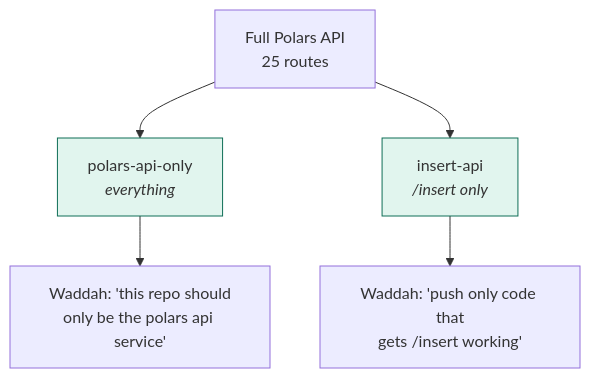
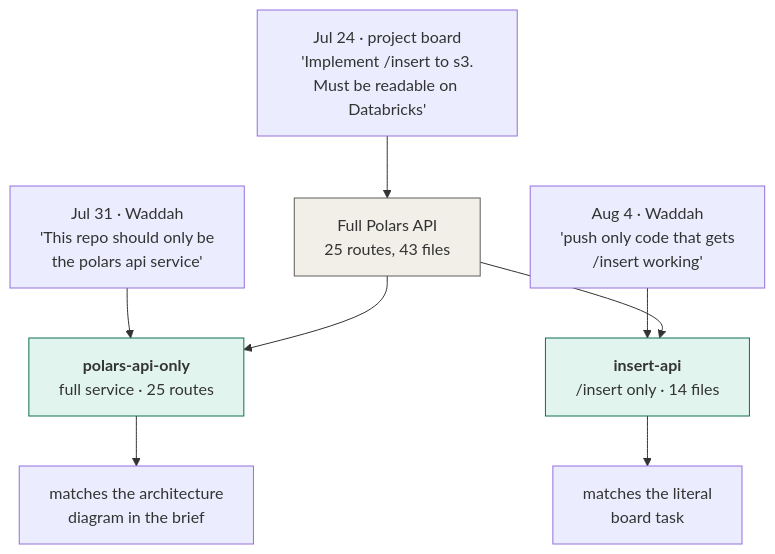
Before and after one commit to johnnietse/solana-developer-platform: the fourth of 17 diagrams in sdp-polars-api/docs/ARCHITECTURE.md, drawn with Mermaid. The commit also changed other lines of this file, not shown here.

````diff
--- a/sdp-polars-api/docs/ARCHITECTURE.md
+++ b/sdp-polars-api/docs/ARCHITECTURE.md
@@ -101,9 +191,14 @@
 ```mermaid
 graph TD
-    A["Full Polars API<br/>25 routes"] --> B["polars-api-only<br/><i>everything</i>"]
-    A --> C["insert-api<br/><i>/insert only</i>"]
-    B --> D["Waddah: 'this repo should<br/>only be the polars api service'"]
-    C --> E["Waddah: 'push only code that<br/>gets /insert working'"]
+    T1["Jul 24 · project board<br/>'Implement /insert to s3.<br/>Must be readable on Databricks'"] --> A
+    A["Full Polars API<br/>25 routes, 43 files"]
+    T2["Jul 31 · Waddah<br/>'This repo should only be<br/>the polars api service'"] --> B
+    T3["Aug 4 · Waddah<br/>'push only code that gets<br/>/insert working'"] --> C
+    A --> B["<b>polars-api-only</b><br/>full service · 25 routes"]
+    A --> C["<b>insert-api</b><br/>/insert only · 14 files"]
+    B --> D["matches the architecture<br/>diagram in the brief"]
+    C --> E["matches the literal<br/>board task"]
     style B fill:#E1F5EE,stroke:#0F6E56
     style C fill:#E1F5EE,stroke:#0F6E56
+    style A fill:#F1EFE8,stroke:#5F5E5A
 ```
````
